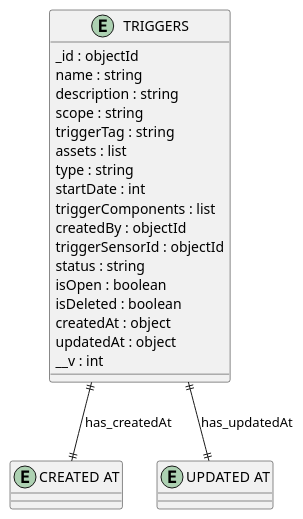
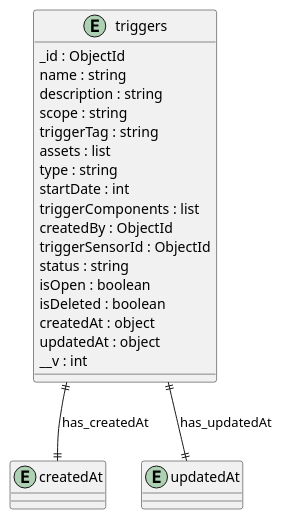
One commit to DigitalPaani/DigitalPaani_ERD changed the diagram in erd_output/TRIGGERS.puml. Above: the diagram before and after it, drawn with PlantUML. The commit also changed 274 other files, not shown here.

Commit message:
fix: updated diagram and script

```diff
--- a/erd_output/TRIGGERS.puml
+++ b/erd_output/TRIGGERS.puml
@@ -1,32 +1,32 @@
-@startuml TRIGGERS_Diagram
+@startuml triggers_Diagram
 
-entity "TRIGGERS" as TRIGGERS {
-  _id : objectId
+entity "triggers" as triggers {
+  _id : ObjectId
   name : string
   description : string
   scope : string
   triggerTag : string
   assets : list
   type : string
   startDate : int
   triggerComponents : list
-  createdBy : objectId
-  triggerSensorId : objectId
+  createdBy : ObjectId
+  triggerSensorId : ObjectId
   status : string
   isOpen : boolean
   isDeleted : boolean
   createdAt : object
   updatedAt : object
   __v : int
 }
 
-entity "CREATED AT" as CREATED_AT {
+entity "createdAt" as createdAt {
 }
 
-entity "UPDATED AT" as UPDATED_AT {
+entity "updatedAt" as updatedAt {
 }
 
 ' // Relationships
-TRIGGERS ||--|| CREATED_AT : has_createdAt
-TRIGGERS ||--|| UPDATED_AT : has_updatedAt
+triggers ||--|| createdAt : has_createdAt
+triggers ||--|| updatedAt : has_updatedAt
 @enduml
```
